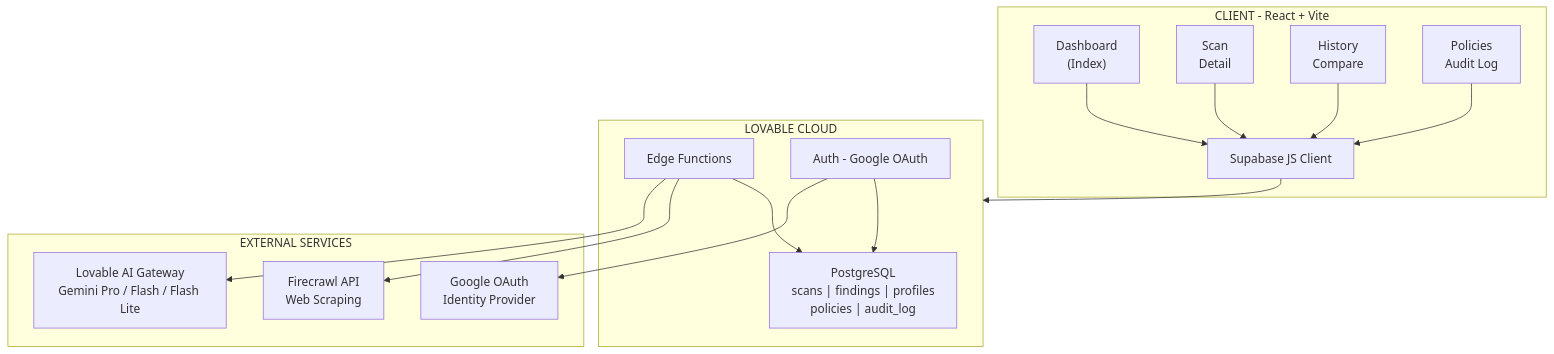
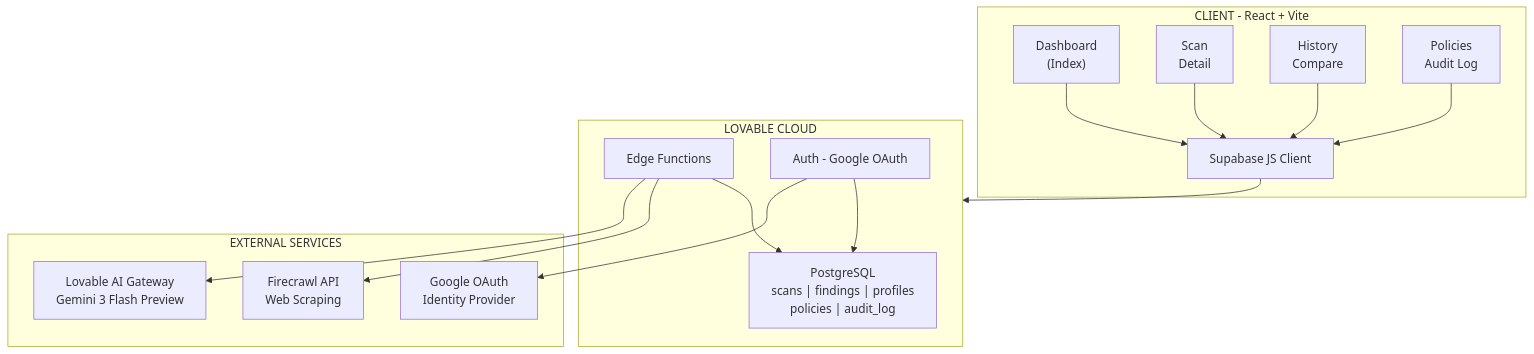
One commit to ritvikindupuri/aegis-intel-scan changed the diagram in README.md. Above: the diagram before and after it, drawn with Mermaid. The commit also changed other lines of this file and 4 other files, not shown here.

````diff
--- a/README.md
+++ b/README.md
@@ -47,34 +47,34 @@
 ```mermaid
 graph TB
     subgraph Client["CLIENT - React + Vite"]
         Dashboard["Dashboard\n(Index)"]
         ScanDetail["Scan\nDetail"]
         History["History\nCompare"]
         Policies["Policies\nAudit Log"]
         Dashboard --> SBClient
         ScanDetail --> SBClient
         History --> SBClient
         Policies --> SBClient
         SBClient["Supabase JS Client"]
     end
 
     SBClient --> Backend
 
     subgraph Backend["LOVABLE CLOUD"]
         DB["PostgreSQL\nscans | findings | profiles\npolicies | audit_log"]
         EF["Edge Functions"]
         Auth["Auth - Google OAuth"]
         EF --> DB
         Auth --> DB
     end
 
     subgraph External["EXTERNAL SERVICES"]
         Firecrawl["Firecrawl API\nWeb Scraping"]
-        AI["Lovable AI Gateway\nGemini Pro / Flash / Flash Lite"]
+        AI["Lovable AI Gateway\nGemini 3 Flash Preview"]
         Google["Google OAuth\nIdentity Provider"]
     end
 
     EF --> Firecrawl
     EF --> AI
     Auth --> Google
 ```
````
